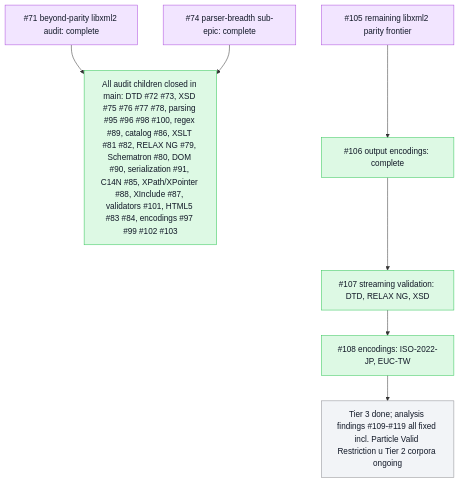
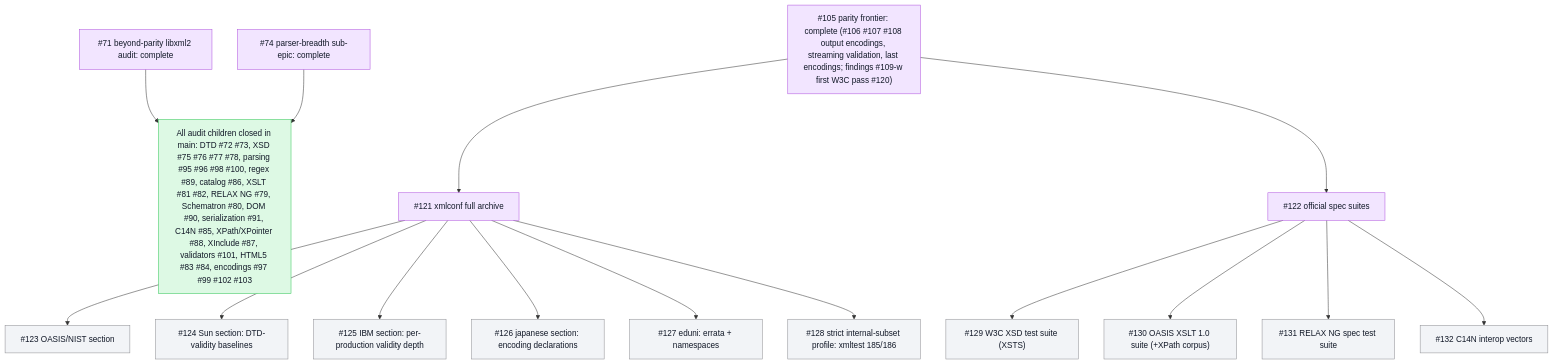
One commit to mihaelamj/PureXML changed the second of 2 diagrams in README.md. Above: the diagram before and after it, drawn with Mermaid. The commit also changed other lines of this file, not shown here.

Commit message:
docs(roadmap): close #105, add conformance epics #121/#122 with children

````diff
--- a/README.md
+++ b/README.md
@@ -76,21 +78,37 @@
 ```mermaid
 flowchart TB
   classDef done fill:#ddf9e4,stroke:#34c759,color:#111827
   classDef review fill:#fff7d6,stroke:#ffcc00,color:#111827
   classDef epic fill:#f2e5ff,stroke:#af52de,color:#111827
   classDef todo fill:#f2f4f7,stroke:#8e8e93,color:#111827
   Epic71["#71 beyond-parity libxml2 audit: complete"]:::epic
   Epic74["#74 parser-breadth sub-epic: complete"]:::epic
   Done["All audit children closed in main: DTD #72 #73, XSD #75 #76 #77 #78, parsing #95 #96 #98 #100, regex #89, catalog #86, XSLT #81 #82, RELAX NG #79, Schematron #80, DOM #90, serialization #91, C14N #85, XPath/XPointer #88, XInclude #87, validators #101, HTML5 #83 #84, encodings #97 #99 #102 #103"]:::done
   Epic71 --> Done
   Epic74 --> Done
-  Epic105["#105 remaining libxml2 parity frontier"]:::epic
-  OutEnc["#106 output encodings: complete"]:::done
-  StreamVal["#107 streaming validation: DTD, RELAX NG, XSD"]:::done
-  MoreEnc["#108 encodings: ISO-2022-JP, EUC-TW"]:::done
-  Depth["Tier 3 done; analysis findings #109-#119 all fixed incl. Particle Valid Restriction #117; Tier 2 corpora ongoing"]:::todo
-  Epic105 --> OutEnc
-  OutEnc --> StreamVal
-  StreamVal --> MoreEnc
-  MoreEnc --> Depth
+  Epic105["#105 parity frontier: complete (#106 #107 #108 output encodings, streaming validation, last encodings; findings #109-#119; first W3C pass #120)"]:::epic
+  Epic121["#121 xmlconf full archive"]:::epic
+  Oasis["#123 OASIS/NIST section"]:::todo
+  Sun["#124 Sun section: DTD-validity baselines"]:::todo
+  IBM["#125 IBM section: per-production validity depth"]:::todo
+  Japanese["#126 japanese section: encoding declarations"]:::todo
+  Eduni["#127 eduni: errata + namespaces"]:::todo
+  StrictSubset["#128 strict internal-subset profile: xmltest 185/186"]:::todo
+  Epic122["#122 official spec suites"]:::epic
+  XSTS["#129 W3C XSD test suite (XSTS)"]:::todo
+  XSLTTS["#130 OASIS XSLT 1.0 suite (+XPath corpus)"]:::todo
+  RNGTS["#131 RELAX NG spec test suite"]:::todo
+  C14NTS["#132 C14N interop vectors"]:::todo
+  Epic105 --> Epic121
+  Epic105 --> Epic122
+  Epic121 --> Oasis
+  Epic121 --> Sun
+  Epic121 --> IBM
+  Epic121 --> Japanese
+  Epic121 --> Eduni
+  Epic121 --> StrictSubset
+  Epic122 --> XSTS
+  Epic122 --> XSLTTS
+  Epic122 --> RNGTS
+  Epic122 --> C14NTS
 ```
````
